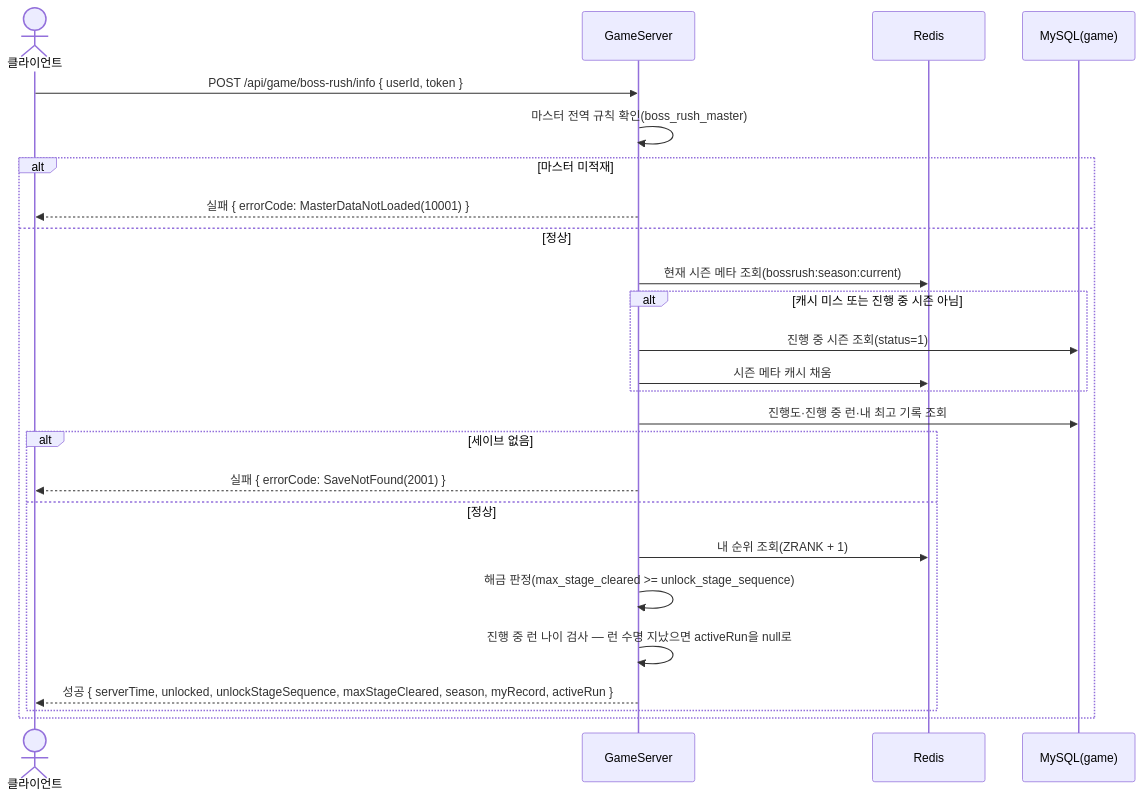
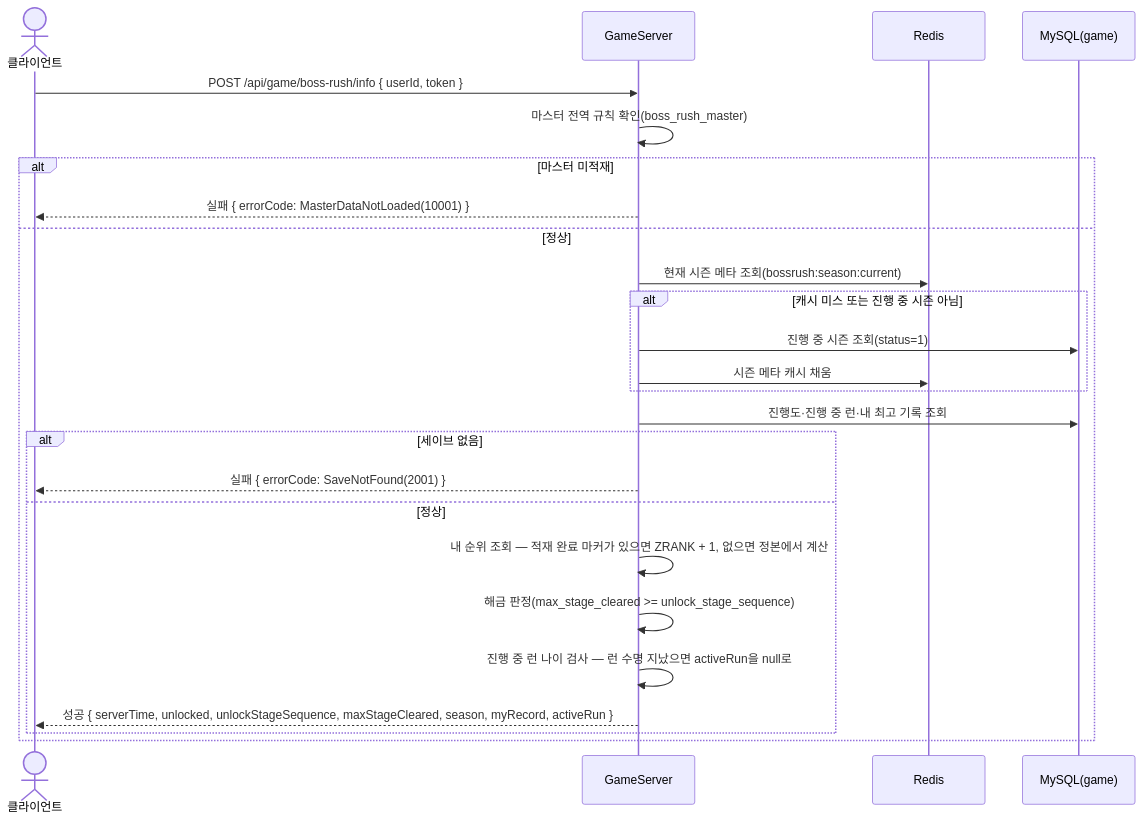
Before and after one commit to ks-wook/com2us-taskbar-hero: diagram 42 of 48 in SequenceDiagram/README.md, drawn with Mermaid. The commit also changed other lines of this file and 11 other files, not shown here.

````diff
--- a/SequenceDiagram/README.md
+++ b/SequenceDiagram/README.md
@@ -1380,28 +1380,28 @@
 ```mermaid
 sequenceDiagram
     actor C as 클라이언트
     participant S as GameServer
     participant R as Redis
     participant DB as MySQL(game)
 
     C->>S: POST /api/game/boss-rush/info { userId, token }
     S->>S: 마스터 전역 규칙 확인(boss_rush_master)
     alt 마스터 미적재
         S-->>C: 실패 { errorCode: MasterDataNotLoaded(10001) }
     else 정상
         S->>R: 현재 시즌 메타 조회(bossrush:season:current)
         alt 캐시 미스 또는 진행 중 시즌 아님
             S->>DB: 진행 중 시즌 조회(status=1)
             S->>R: 시즌 메타 캐시 채움
         end
         S->>DB: 진행도·진행 중 런·내 최고 기록 조회
         alt 세이브 없음
             S-->>C: 실패 { errorCode: SaveNotFound(2001) }
         else 정상
-            S->>R: 내 순위 조회(ZRANK + 1)
+            S->>S: 내 순위 조회 — 적재 완료 마커가 있으면 ZRANK + 1, 없으면 정본에서 계산
             S->>S: 해금 판정(max_stage_cleared >= unlock_stage_sequence)
             S->>S: 진행 중 런 나이 검사 — 런 수명 지났으면 activeRun을 null로
             S-->>C: 성공 { serverTime, unlocked, unlockStageSequence, maxStageCleared, season, myRecord, activeRun }
         end
     end
 ```
````
